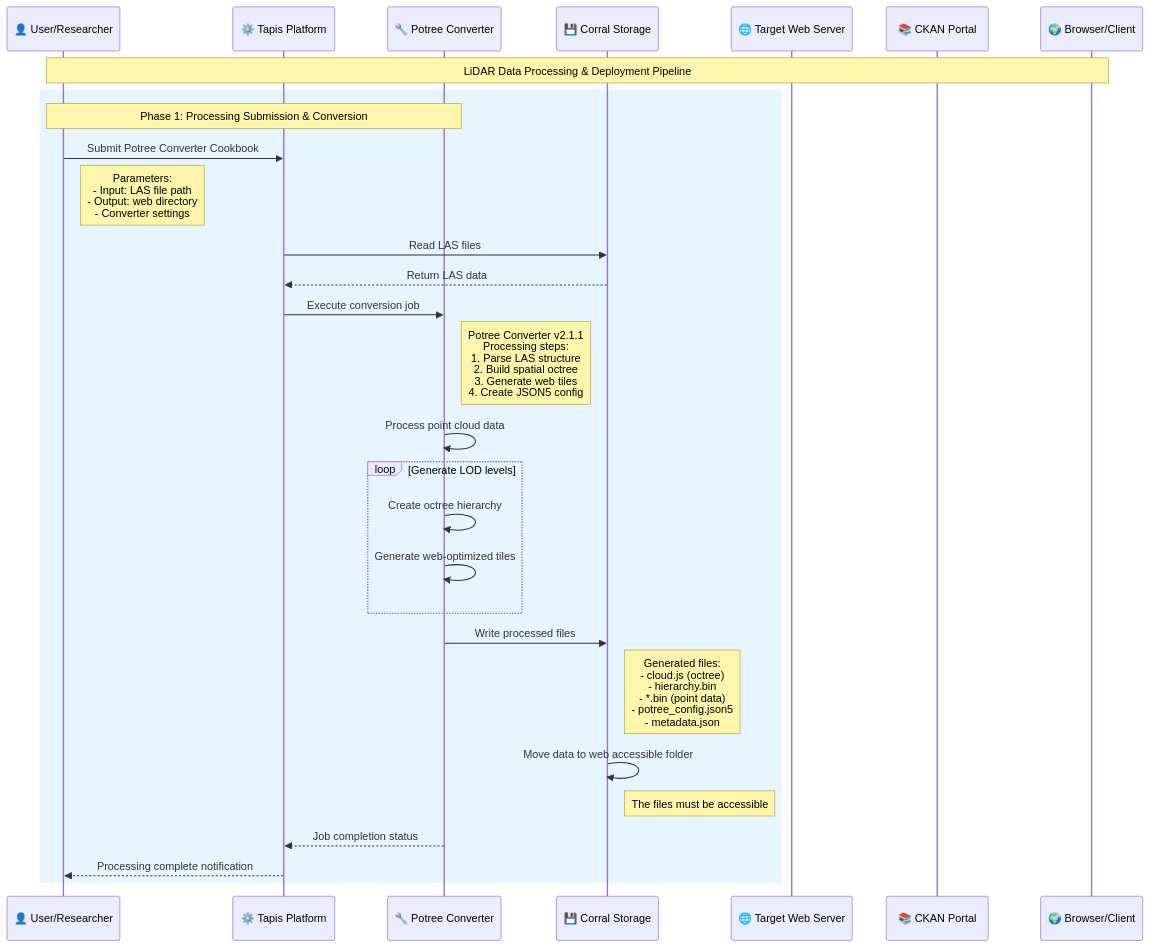
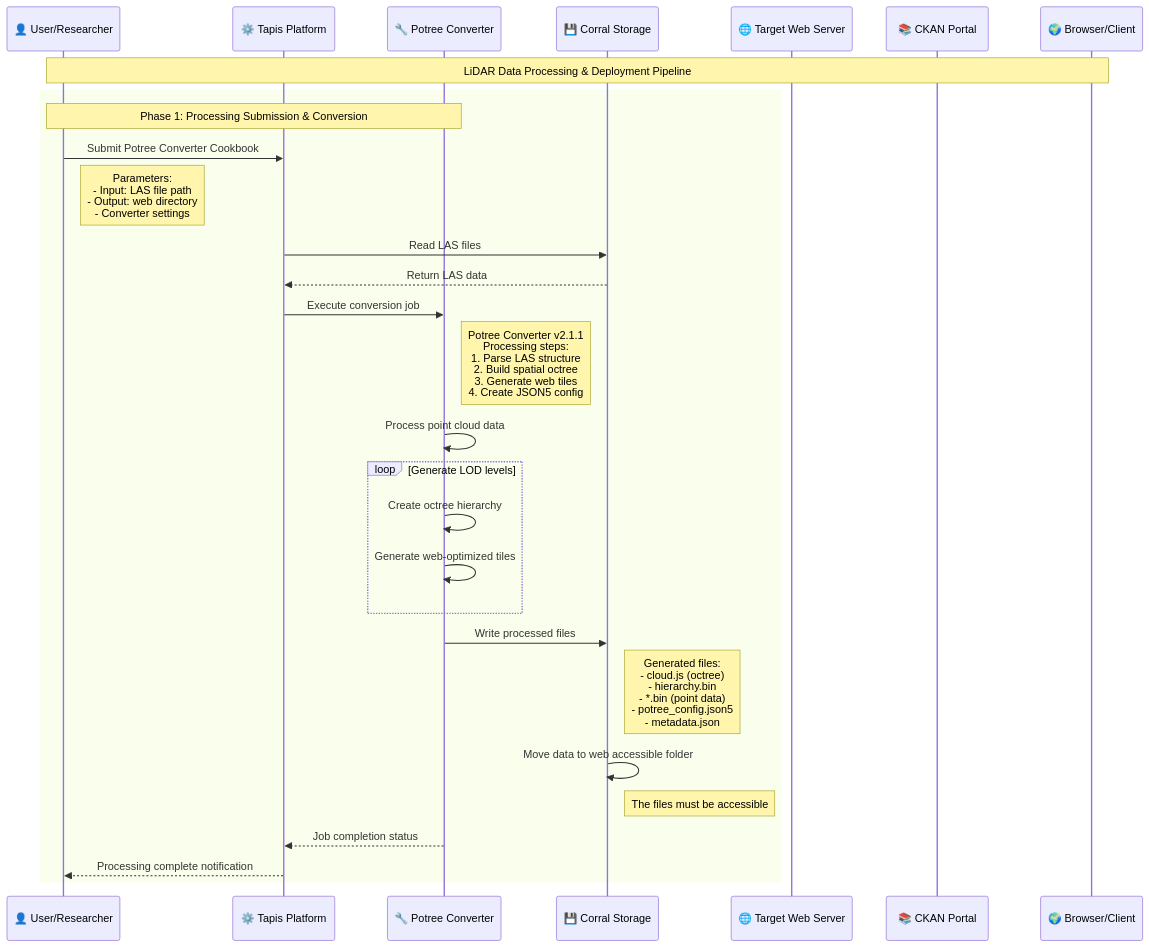
The first of 5 diagrams in README-pipeline.md (In-For-Disaster-Analytics/potree), drawn with Mermaid before and after one commit. The commit also changed other lines of this file, not shown here.

````diff
--- a/README-pipeline.md
+++ b/README-pipeline.md
@@ -13,42 +13,42 @@
 ```mermaid
 sequenceDiagram
     participant User as 👤 User/Researcher
     participant Tapis as ⚙️ Tapis Platform
     participant Potree as 🔧 Potree Converter
     participant Corral as 💾 Corral Storage
     participant Target as 🌐 Target Web Server
     participant CKAN as 📚 CKAN Portal
     participant Browser as 🌍 Browser/Client
 
     Note over User,Browser: LiDAR Data Processing & Deployment Pipeline
 
     %% Processing Submission
-    rect rgb(230, 245, 255)
+    rect
         Note over User,Potree: Phase 1: Processing Submission & Conversion
         User->>Tapis: Submit  Potree Converter Cookbook
         Note right of User: Parameters:<br/>- Input: LAS file path<br/>- Output: web directory<br/>- Converter settings
 
         Tapis->>Corral: Read LAS files
         Corral-->>Tapis: Return LAS data
 
         Tapis->>Potree: Execute conversion job
         Note right of Potree: Potree Converter v2.1.1<br/>Processing steps:<br/>1. Parse LAS structure<br/>2. Build spatial octree<br/>3. Generate web tiles<br/>4. Create JSON5 config
 
         Potree->>Potree: Process point cloud data
         loop Generate LOD levels
             Potree->>Potree: Create octree hierarchy
             Potree->>Potree: Generate web-optimized tiles
         end
 
         Potree->>Corral: Write processed files
         Note right of Corral: Generated files:<br/>- cloud.js (octree)<br/>- hierarchy.bin<br/>- *.bin (point data)<br/>- potree_config.json5<br/>- metadata.json
 
 
         Corral->>Corral: Move data to web accessible folder
         Note right of Corral: The files must be accessible
 
         Potree-->>Tapis: Job completion status
         Tapis-->>User: Processing complete notification
     end
 
 ```
````
